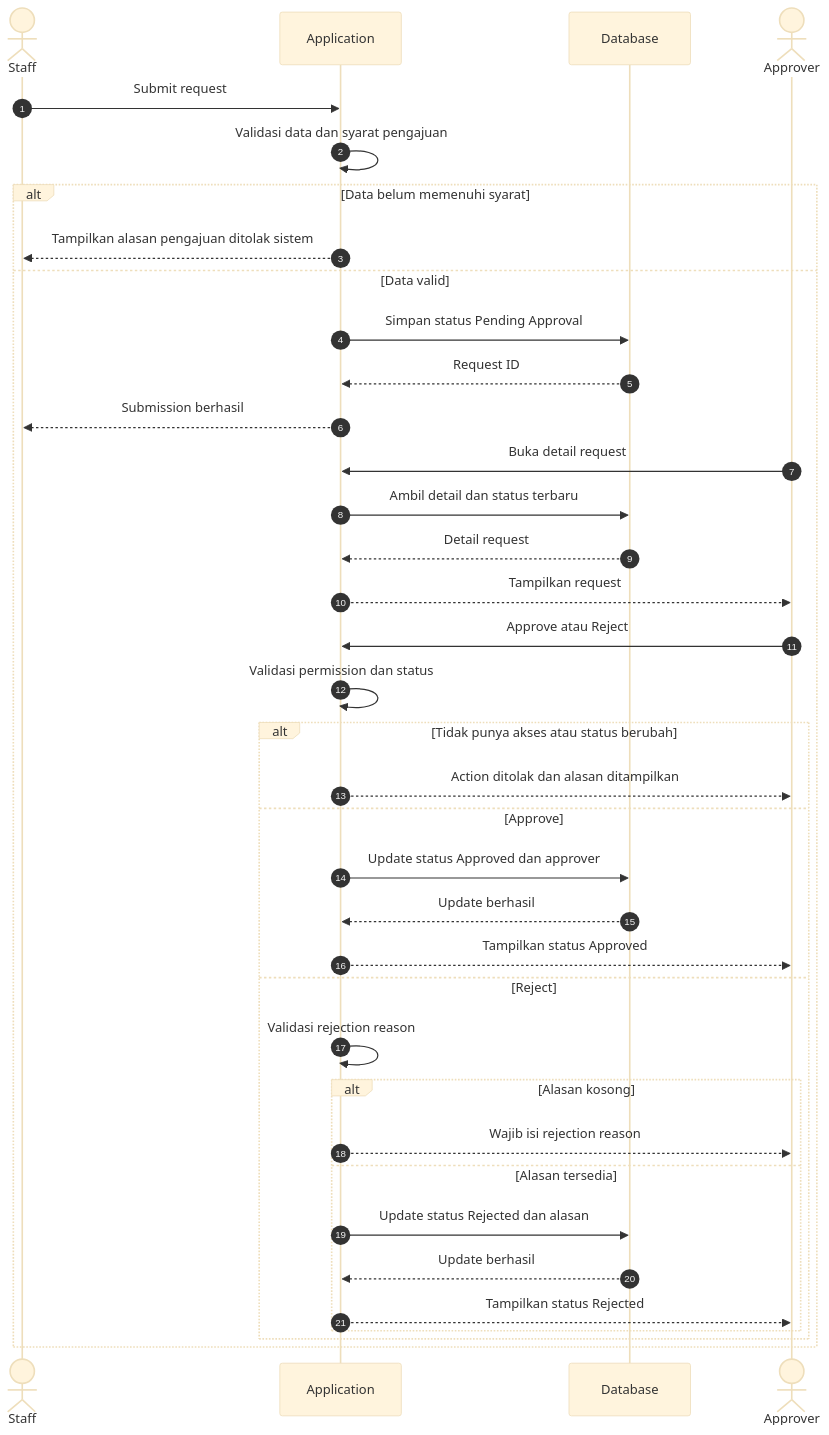
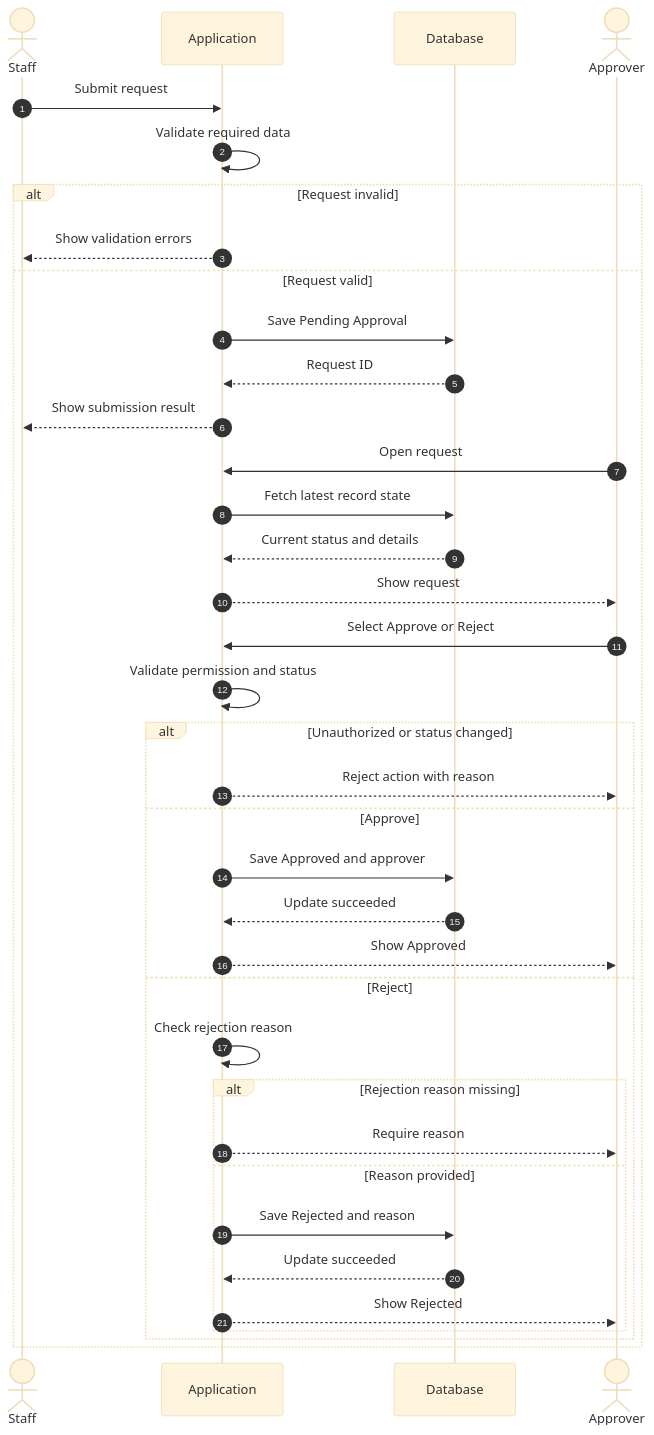
One commit to Ducklazy231/system-analysis-skill changed the diagram in examples/diagrams/sequence-approval.mmd. Above: the diagram before and after it, drawn with Mermaid (base theme).

Commit message:
examples: keep Mermaid diagrams English-first

```diff
--- a/examples/diagrams/sequence-approval.mmd
+++ b/examples/diagrams/sequence-approval.mmd
@@ -1,38 +1,39 @@
 sequenceDiagram
     autonumber
-    actor Staff as Staff
+    actor Staff
     participant App as Application
     participant DB as Database
-    actor Appr as Approver
+    actor Approver
 
     Staff->>App: Submit request
-    App->>App: Validasi data dan syarat pengajuan
-    alt Data belum memenuhi syarat
-        App-->>Staff: Tampilkan alasan pengajuan ditolak sistem
-    else Data valid
-        App->>DB: Simpan status Pending Approval
+    App->>App: Validate required data
+    alt Request invalid
+        App-->>Staff: Show validation errors
+    else Request valid
+        App->>DB: Save Pending Approval
         DB-->>App: Request ID
-        App-->>Staff: Submission berhasil
-        Appr->>App: Buka detail request
-        App->>DB: Ambil detail dan status terbaru
-        DB-->>App: Detail request
-        App-->>Appr: Tampilkan request
-        Appr->>App: Approve atau Reject
-        App->>App: Validasi permission dan status
-        alt Tidak punya akses atau status berubah
-            App-->>Appr: Action ditolak dan alasan ditampilkan
+        App-->>Staff: Show submission result
+        Approver->>App: Open request
+        App->>DB: Fetch latest record state
+        DB-->>App: Current status and details
+        App-->>Approver: Show request
+        Approver->>App: Select Approve or Reject
+        App->>App: Validate permission and status
+
+        alt Unauthorized or status changed
+            App-->>Approver: Reject action with reason
         else Approve
-            App->>DB: Update status Approved dan approver
-            DB-->>App: Update berhasil
-            App-->>Appr: Tampilkan status Approved
+            App->>DB: Save Approved and approver
+            DB-->>App: Update succeeded
+            App-->>Approver: Show Approved
         else Reject
-            App->>App: Validasi rejection reason
-            alt Alasan kosong
-                App-->>Appr: Wajib isi rejection reason
-            else Alasan tersedia
-                App->>DB: Update status Rejected dan alasan
-                DB-->>App: Update berhasil
-                App-->>Appr: Tampilkan status Rejected
+            App->>App: Check rejection reason
+            alt Rejection reason missing
+                App-->>Approver: Require reason
+            else Reason provided
+                App->>DB: Save Rejected and reason
+                DB-->>App: Update succeeded
+                App-->>Approver: Show Rejected
             end
         end
     end
```
